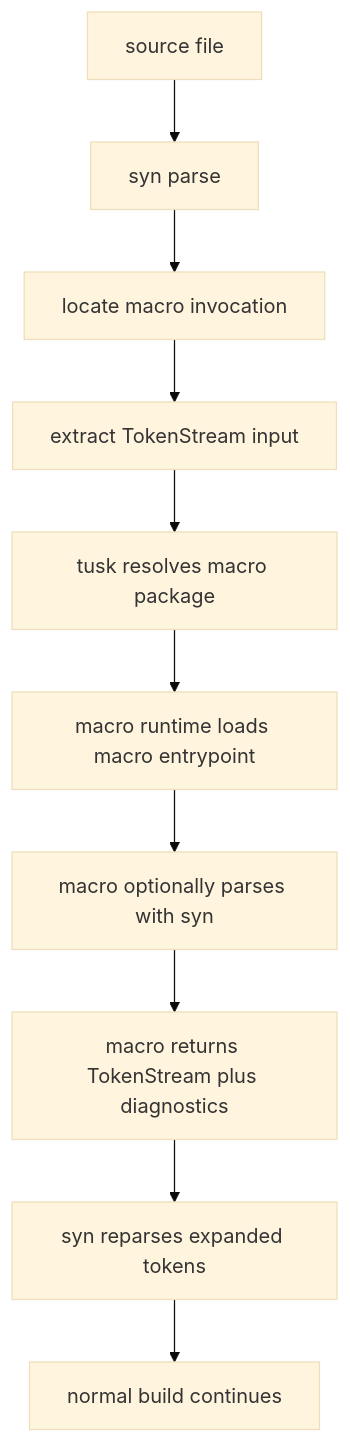
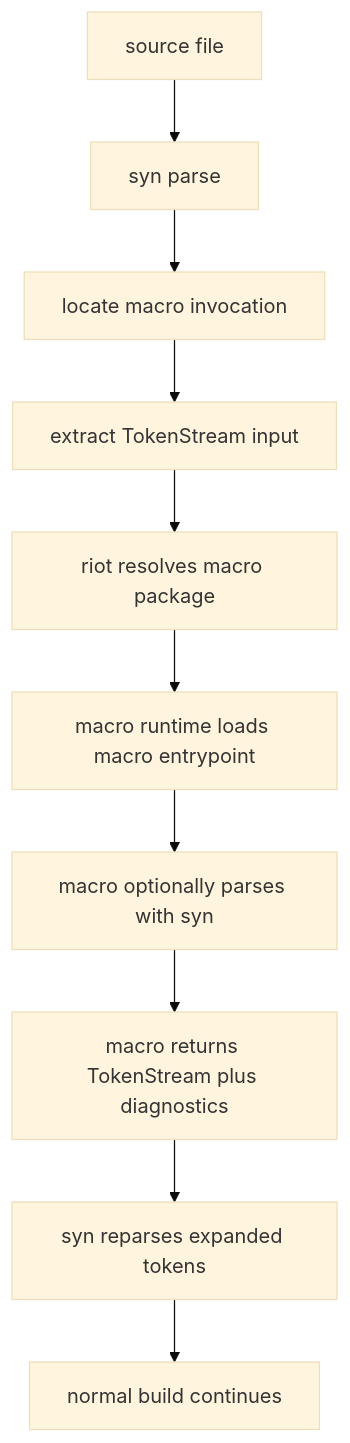
The first of 4 diagrams in docs/rfds/RFD0008-macro.md (leostera/riot-lang), drawn with Mermaid (base theme) before and after one commit. The commit also changed other lines of this file and 1272 other files, not shown here.

````diff
--- a/docs/rfds/RFD0008-macro.md
+++ b/docs/rfds/RFD0008-macro.md
@@ -83,12 +83,12 @@
 ```mermaid
 flowchart TD
   A[source file] --> B[syn parse]
   B --> C[locate macro invocation]
   C --> D[extract TokenStream input]
-  D --> E[tusk resolves macro package]
+  D --> E[riot resolves macro package]
   E --> F[macro runtime loads macro entrypoint]
   F --> G[macro optionally parses with syn]
   G --> H[macro returns TokenStream plus diagnostics]
   H --> I[syn reparses expanded tokens]
   I --> J[normal build continues]
 ```
````
